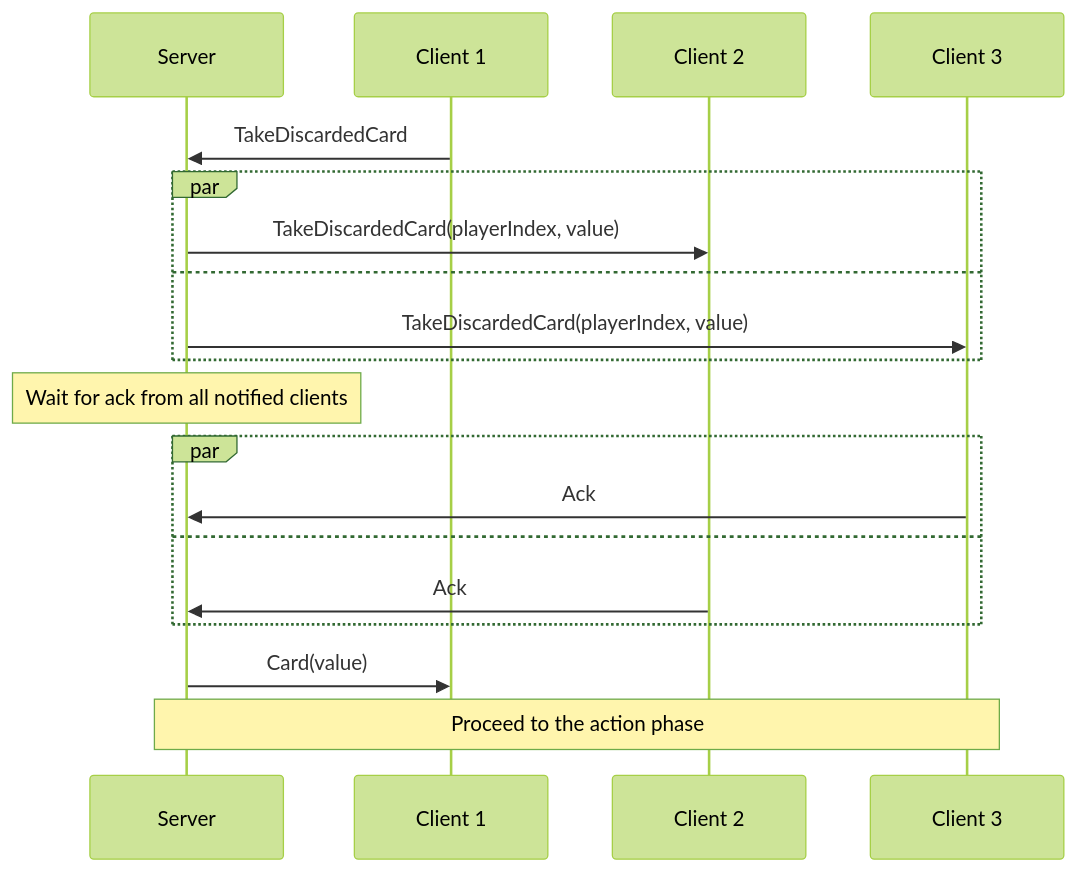
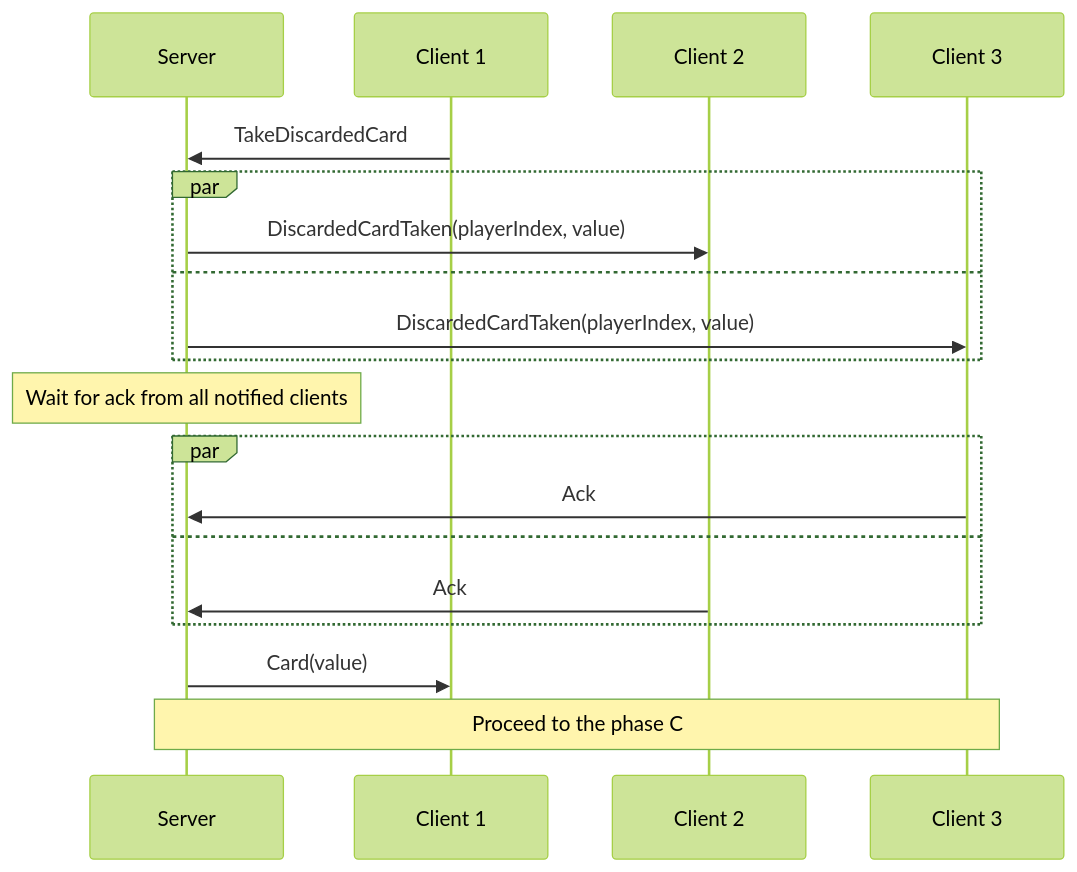
The third of 8 diagrams in README.md (roman-zubarevich/another), drawn with Mermaid (forest theme) before and after one commit. The commit also changed other lines of this file, not shown here.

````diff
--- a/README.md
+++ b/README.md
@@ -71,21 +71,21 @@
 ```mermaid
 sequenceDiagram
     participant S as Server
     participant C1 as Client 1
     participant C2 as Client 2
     participant C3 as Client 3
     C1->>S: TakeDiscardedCard
     par
-        S->>C2: TakeDiscardedCard(playerIndex, value)
+        S->>C2: DiscardedCardTaken(playerIndex, value)
     and
-        S->>C3: TakeDiscardedCard(playerIndex, value)
+        S->>C3: DiscardedCardTaken(playerIndex, value)
     end
     Note over S: Wait for ack from all notified clients
     par
         C3->>S: Ack
     and
         C2->>S: Ack
     end
     S->>C1: Card(value)
-    Note over S,C3: Proceed to the action phase
+    Note over S,C3: Proceed to the phase C
 ```
````
